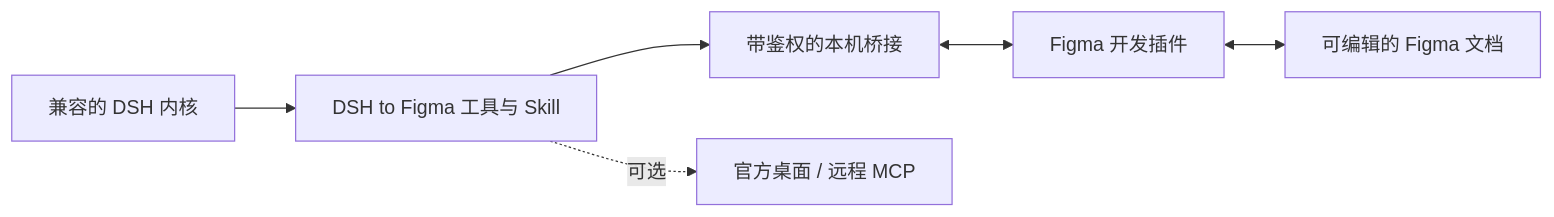
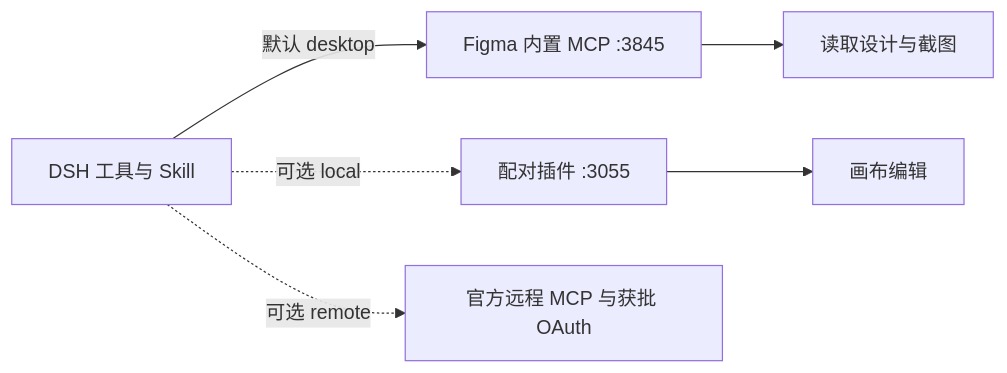
Before and after one commit to Duoasa/DSH-to-Figma: the diagram in README.zh-CN.md, drawn with Mermaid. The commit also changed other lines of this file and 17 other files, not shown here.

Commit message:
feat: default to official desktop MCP with verified bilingual setup

````diff
--- a/README.zh-CN.md
+++ b/README.zh-CN.md
@@ -50,8 +60,8 @@
 ```mermaid
 flowchart LR
-    A[兼容的 DSH 内核] --> B[DSH to Figma 工具与 Skill]
-    B --> C[带鉴权的本机桥接]
-    C <--> D[Figma 开发插件]
-    D <--> E[可编辑的 Figma 文档]
-    B -. 可选 .-> F[官方桌面 / 远程 MCP]
+    A[DSH 工具与 Skill] -->|默认 desktop| B[Figma 内置 MCP :3845]
+    B --> C[读取设计与截图]
+    A -. 可选 local .-> D[配对插件 :3055]
+    D --> E[画布编辑]
+    A -. 可选 remote .-> F[官方远程 MCP 与获批 OAuth]
 ```
````
